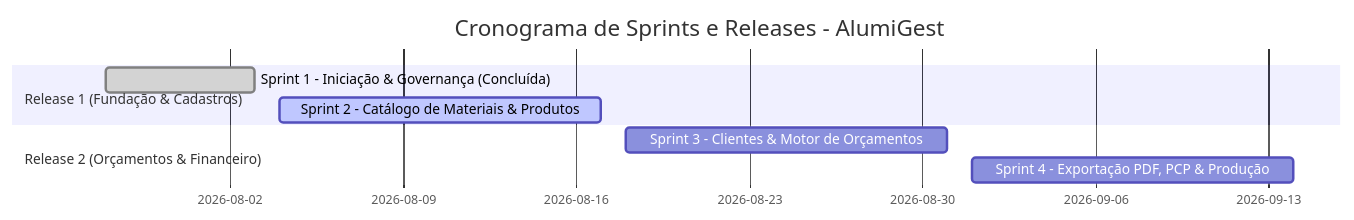
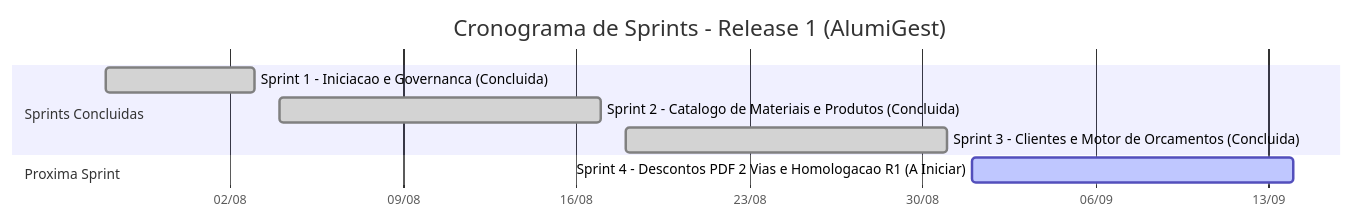
Before and after one commit to ADS-IFPB-SR/alumigest: the diagram in docs/sistema/000-requisitos/PBL-Product_Backlog.md, drawn with Mermaid. The commit also changed other lines of this file and 93 other files, not shown here.

First line of the commit message:
docs(sprint-03): consolidar documentacao tecnica, governanca, atas, testes e planejamento ate sprint 3

````diff
--- a/docs/sistema/000-requisitos/PBL-Product_Backlog.md
+++ b/docs/sistema/000-requisitos/PBL-Product_Backlog.md
@@ -10,11 +12,14 @@
 ```mermaid
 gantt
-    title Cronograma de Sprints e Releases - AlumiGest
+    title Cronograma de Sprints - Release 1 (AlumiGest)
     dateFormat  YYYY-MM-DD
-    section Release 1 (Fundação & Cadastros)
-    Sprint 1 - Iniciação & Governança (Concluída) :done, s1, 2026-07-28, 2026-08-03
-    Sprint 2 - Catálogo de Materiais & Produtos   :active, s2, 2026-08-04, 2026-08-17
-    section Release 2 (Orçamentos & Financeiro)
-    Sprint 3 - Clientes & Motor de Orçamentos           :s3, 2026-08-18, 2026-08-31
-    Sprint 4 - Exportação PDF, PCP & Produção          :s4, 2026-09-01, 2026-09-14
+    axisFormat  %d/%m
+
+    section Sprints Concluidas
+    Sprint 1 - Iniciacao e Governanca (Concluida)           :done, s1, 2026-07-28, 2026-08-03
+    Sprint 2 - Catalogo de Materiais e Produtos (Concluida) :done, s2, 2026-08-04, 2026-08-17
+    Sprint 3 - Clientes e Motor de Orcamentos (Concluida)   :done, s3, 2026-08-18, 2026-08-31
+
+    section Proxima Sprint
+    Sprint 4 - Descontos PDF 2 Vias e Homologacao R1 (A Iniciar) :active, s4, 2026-09-01, 2026-09-14
 ```
````
